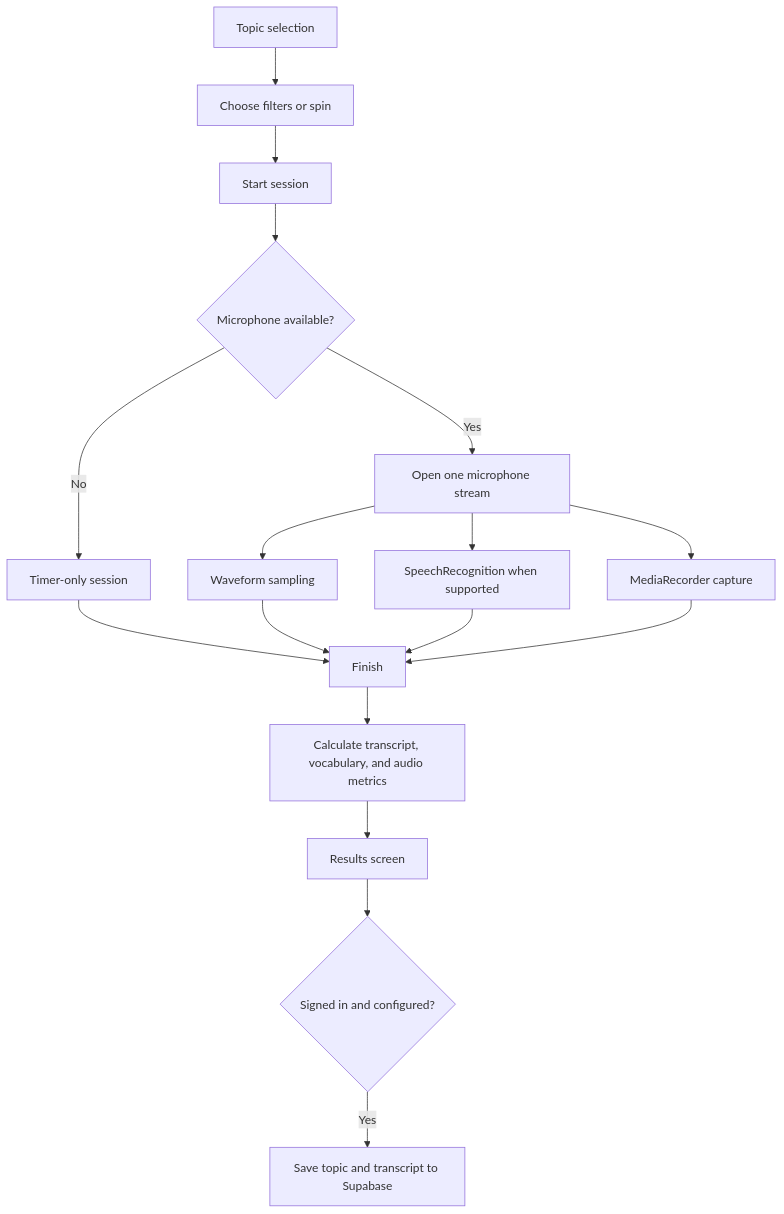
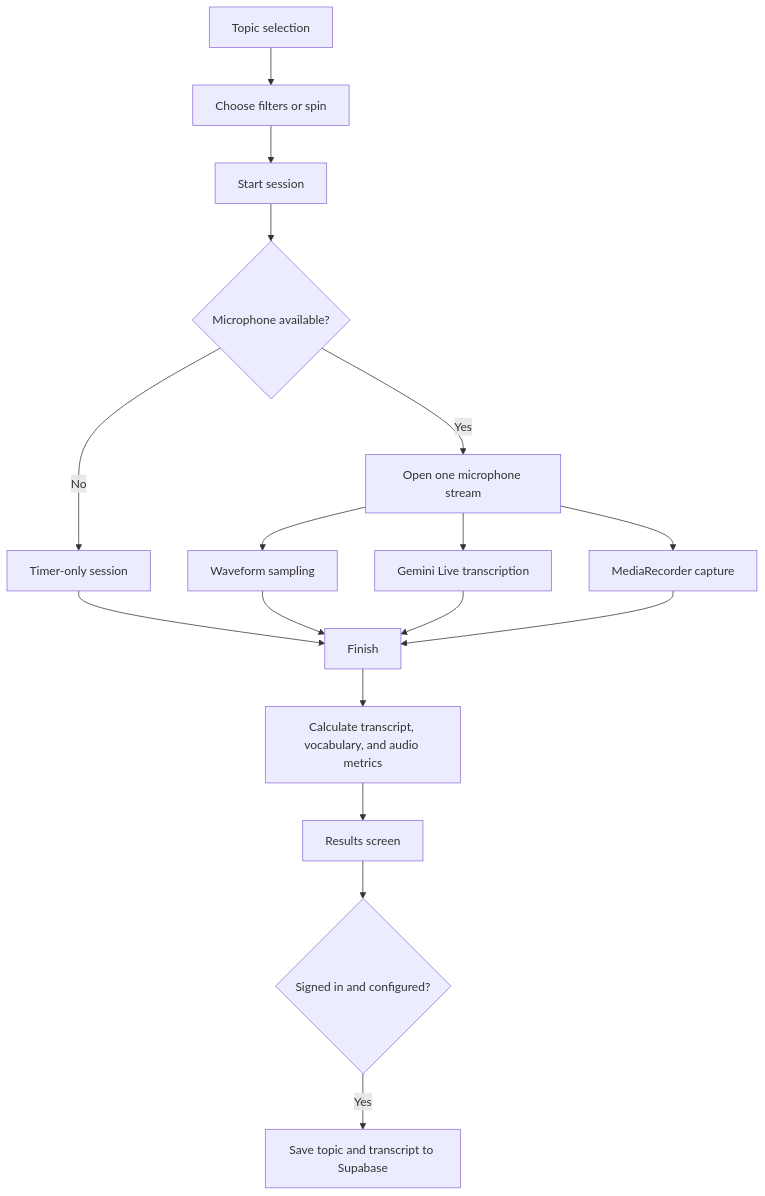
One commit to pkpkp-pk/vocab changed the diagram in PROJECT_GUIDE.md. Above: the diagram before and after it, drawn with Mermaid. The commit also changed other lines of this file and 10 other files, not shown here.

````diff
--- a/PROJECT_GUIDE.md
+++ b/PROJECT_GUIDE.md
@@ -76,19 +76,19 @@
 ```mermaid
 flowchart TD
     A[Topic selection] --> B[Choose filters or spin]
     B --> C[Start session]
     C --> D{Microphone available?}
     D -- Yes --> E[Open one microphone stream]
     D -- No --> F[Timer-only session]
     E --> G[Waveform sampling]
-    E --> H[SpeechRecognition when supported]
+    E --> H[Gemini Live transcription]
     E --> I[MediaRecorder capture]
     F --> J[Finish]
     G --> J
     H --> J
     I --> J
     J --> K[Calculate transcript, vocabulary, and audio metrics]
     K --> L[Results screen]
     L --> M{Signed in and configured?}
     M -- Yes --> N[Save topic and transcript to Supabase]
 ```
````
